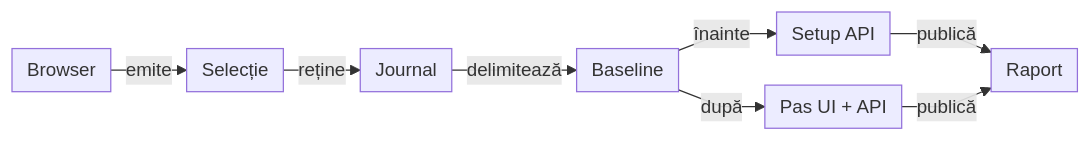
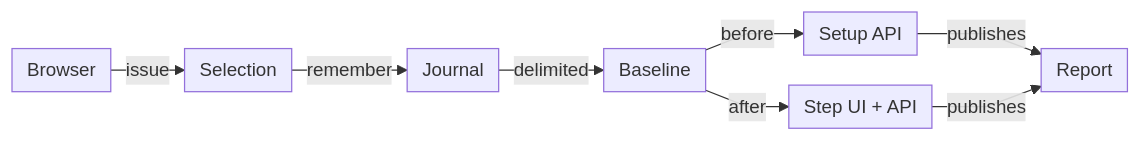
The fourth of 12 diagrams in docs/ATF_Architecture.md (crististefanita/atf_j0), drawn with Mermaid before and after one commit. The commit also changed other lines of this file and 113 other files, not shown here.

````diff
--- a/docs/ATF_Architecture.md
+++ b/docs/ATF_Architecture.md
@@ -310,11 +290,11 @@
 ```mermaid
 %%{init: {"themeVariables":{"fontSize":"15px"},"themeCSS":".nodeLabel, .nodeLabel p { font-size: 15px !important; line-height: 1.35 !important; } .edgeLabel, .edgeLabel p { font-size: 12px !important; font-weight: 400 !important; line-height: 1.2 !important; } .edgeLabel .labelBkg, .edgeLabel p { background: transparent !important; } .edgeLabel foreignObject { transform: translateY(-18px); overflow: visible; } .node rect { rx: 6px; ry: 6px; }","flowchart":{"curve":"linear","nodeSpacing":24,"rankSpacing":24,"padding":6,"diagramPadding":20}}}%%
 flowchart LR
-    Browser["Browser"] -->|emite| Select["Selecție"]
-    Select -->|reține| Journal["Journal"]
-    Journal -->|delimitează| Baseline["Baseline"]
-    Baseline -->|înainte| Setup["Setup API"]
-    Baseline -->|după| Step["Pas UI + API"]
-    Setup -->|publică| Report["Raport"]
-    Step -->|publică| Report
+    Browser["Browser"] -->|issue| Select["Selection"]
+    Select -->|remember| Journal["Journal"]
+    Journal -->|delimited| Baseline["Baseline"]
+    Baseline -->|before| Setup["Setup API"]
+    Baseline -->|after| Step["Step UI + API"]
+    Setup -->|publishes| Report["Report"]
+    Step -->|publishes| Report
 ```
````
